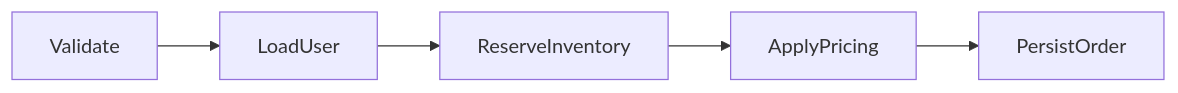
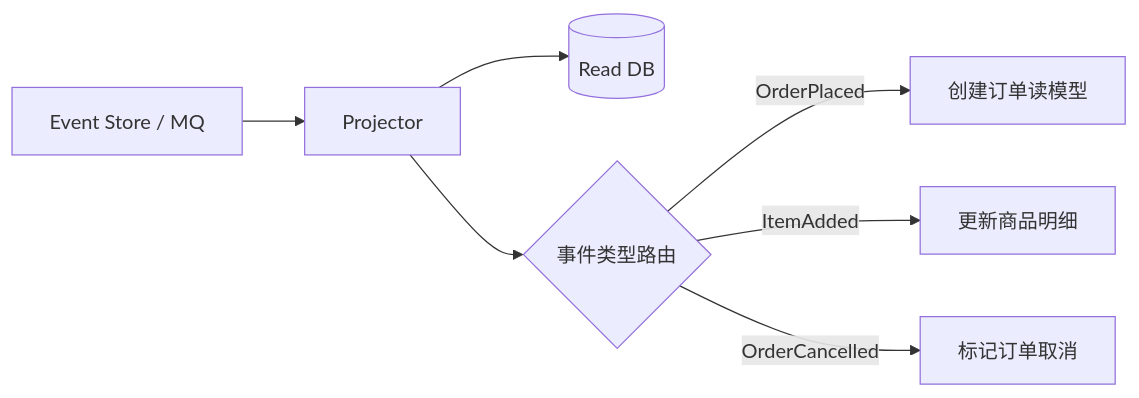
Before and after one commit to wxquare/wxquare.github.io: the seventh of 7 diagrams in ecommerce-book/src/part1/chapter3.md, drawn with Mermaid. The commit also changed other lines of this file and 18 other files, not shown here.

````diff
--- a/ecommerce-book/src/part1/chapter3.md
+++ b/ecommerce-book/src/part1/chapter3.md
@@ -149,7 +2498,10 @@
 ```mermaid
 flowchart LR
-	P1[Validate] --> P2[LoadUser]
-	P2 --> P3[ReserveInventory]
-	P3 --> P4[ApplyPricing]
-	P4 --> P5[PersistOrder]
+    A[Event Store / MQ] --> B[Projector]
+    B --> C[(Read DB)]
+    
+    B --> D{事件类型路由}
+    D -->|OrderPlaced| E[创建订单读模型]
+    D -->|ItemAdded| F[更新商品明细]
+    D -->|OrderCancelled| G[标记订单取消]
 ```
````
